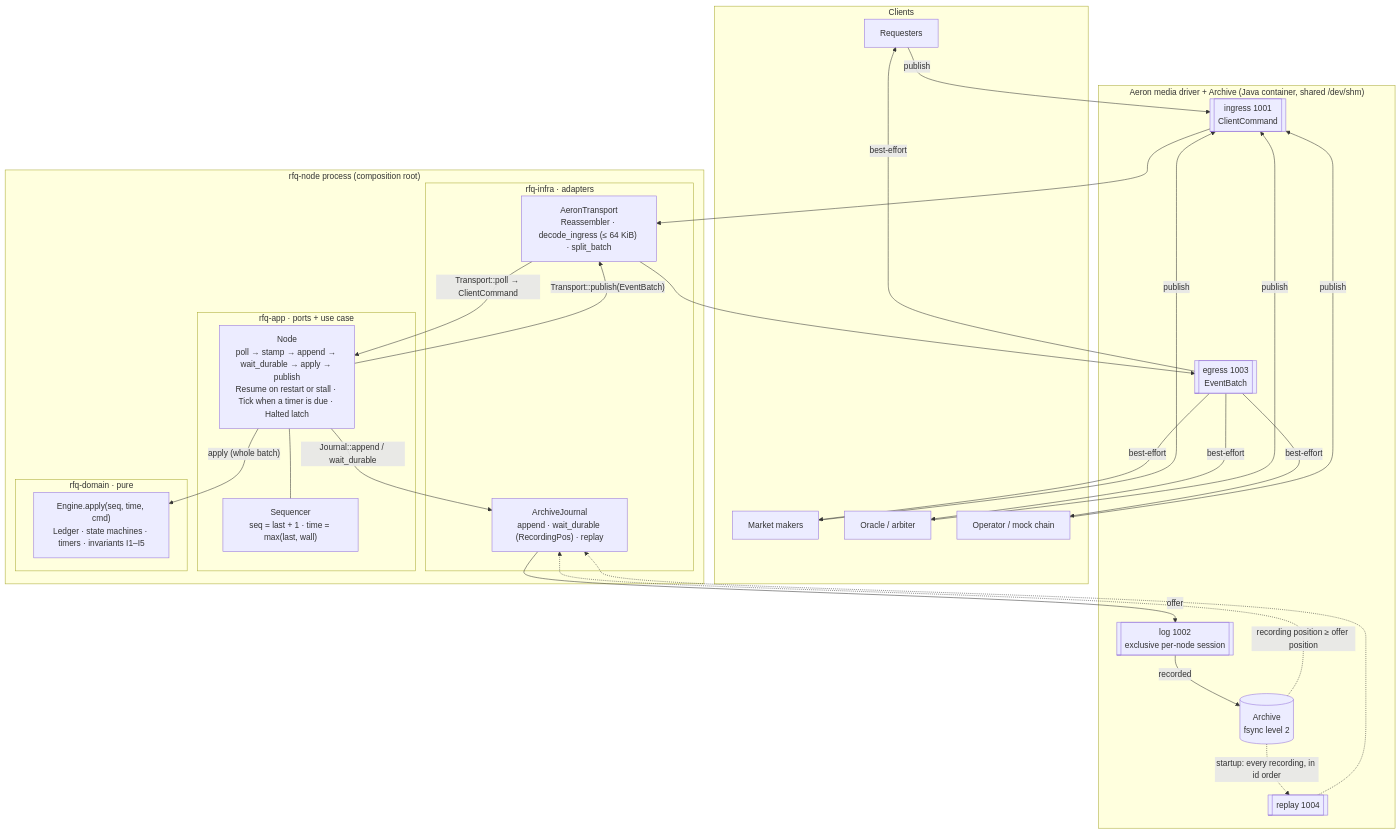
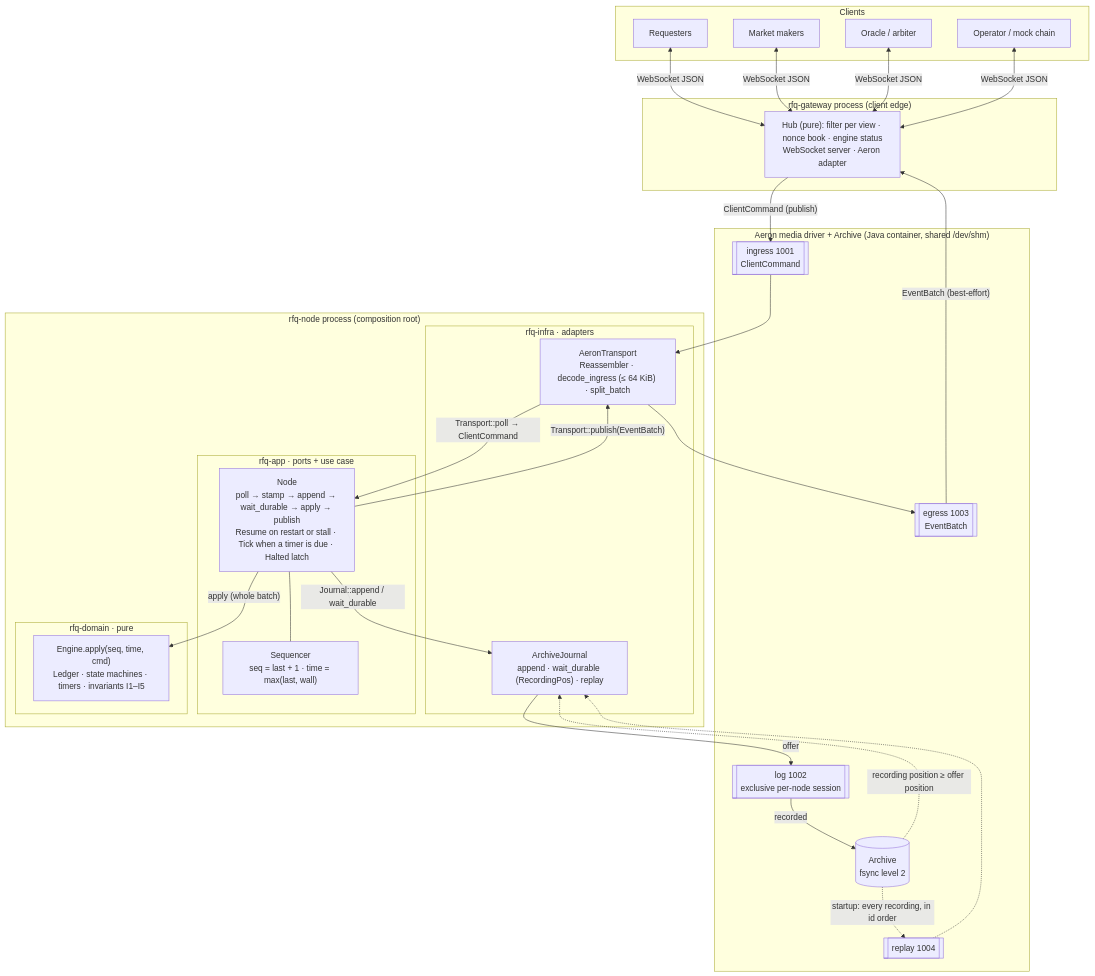
The second of 7 diagrams in docs/architecture/overview.md (hmdsefi/rfq), drawn with Mermaid before and after one commit. The commit also changed other lines of this file and 3 other files, not shown here.

First line of the commit message:
docs: live dashboard section, gateway in the index and the architecture overview

````diff
--- a/docs/architecture/overview.md
+++ b/docs/architecture/overview.md
@@ -35,43 +36,47 @@
 ```mermaid
 flowchart TB
   subgraph CL[Clients]
     R[Requesters]
     M[Market makers]
     O[Oracle / arbiter]
     OP[Operator / mock chain]
   end
   subgraph DRV["Aeron media driver + Archive (Java container, shared /dev/shm)"]
     ING[["ingress 1001<br/>ClientCommand"]]
     EGR[["egress 1003<br/>EventBatch"]]
     LOG[["log 1002<br/>exclusive per-node session"]]
     ARC[("Archive<br/>fsync level 2")]
     RPL[["replay 1004"]]
   end
   subgraph NODE["rfq-node process (composition root)"]
     subgraph INFRA["rfq-infra · adapters"]
       AT["AeronTransport<br/>Reassembler · decode_ingress (≤ 64 KiB) · split_batch"]
       AJ["ArchiveJournal<br/>append · wait_durable (RecordingPos) · replay"]
     end
     subgraph APP["rfq-app · ports + use case"]
       N["Node<br/>poll → stamp → append → wait_durable → apply → publish<br/>Resume on restart or stall · Tick when a timer is due · Halted latch"]
       S["Sequencer<br/>seq = last + 1 · time = max(last, wall)"]
     end
     subgraph DOM["rfq-domain · pure"]
       E["Engine.apply(seq, time, cmd)<br/>Ledger · state machines · timers · invariants I1–I5"]
     end
   end
-  R & M & O & OP -->|publish| ING
+  subgraph GWP["rfq-gateway process (client edge)"]
+    GW["Hub (pure): filter per view · nonce book · engine status<br/>WebSocket server · Aeron adapter"]
+  end
+  R & M & O & OP <-->|"WebSocket JSON"| GW
+  GW -->|"ClientCommand (publish)"| ING
+  EGR -->|"EventBatch (best-effort)"| GW
   ING --> AT
   AT -->|"Transport::poll → ClientCommand"| N
   N --- S
   N -->|"Journal::append / wait_durable"| AJ
   AJ -->|offer| LOG
   LOG -->|recorded| ARC
   ARC -. "recording position ≥ offer position" .-> AJ
   N -->|"apply (whole batch)"| E
   N -->|"Transport::publish(EventBatch)"| AT
   AT --> EGR
-  EGR -->|best-effort| R & M & O & OP
   ARC -. "startup: every recording, in id order" .-> RPL
   RPL -.-> AJ
 ```
````
